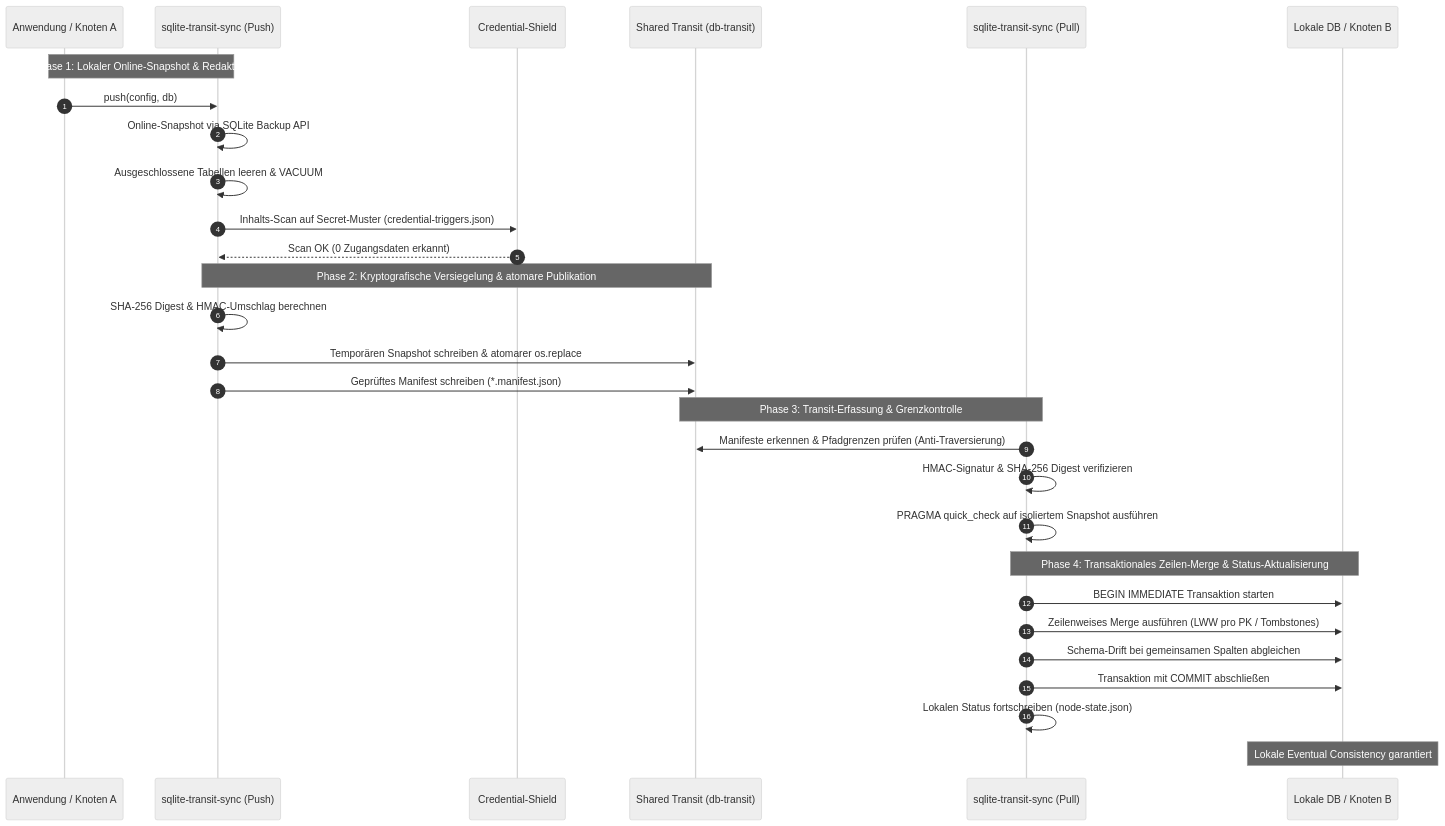
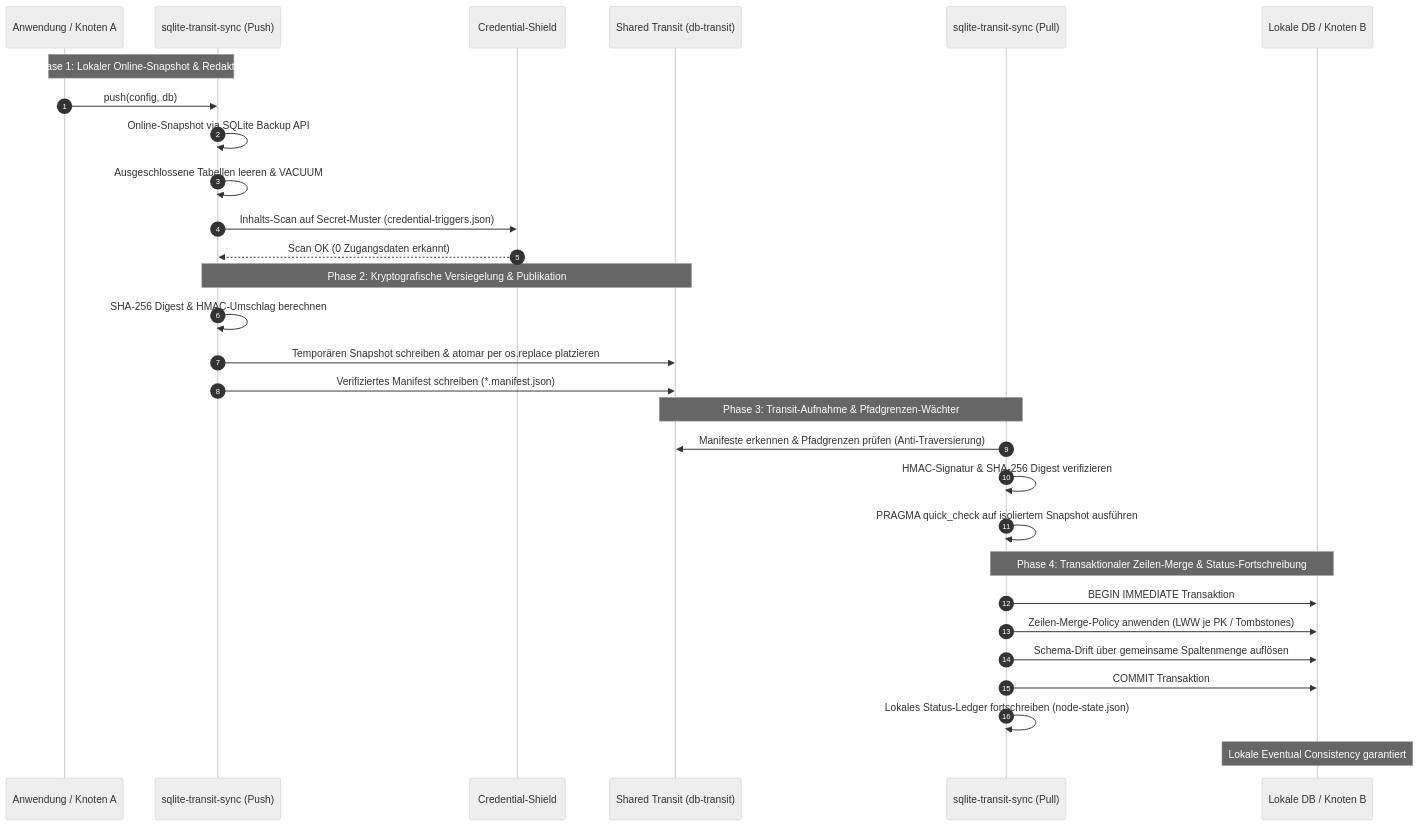
Before and after one commit to ellmos-ai/sqlite-transit-sync: the second of 2 diagrams in README_de.md, drawn with Mermaid (neutral theme). The commit also changed other lines of this file and 10 other files, not shown here.

````diff
--- a/README_de.md
+++ b/README_de.md
@@ -135,35 +148,35 @@
 ```mermaid
 sequenceDiagram
     autonumber
     participant App as Anwendung / Knoten A
     participant CoreA as sqlite-transit-sync (Push)
     participant Shield as Credential-Shield
     participant Transit as Shared Transit (db-transit)
     participant CoreB as sqlite-transit-sync (Pull)
     participant Target as Lokale DB / Knoten B
 
     Note over App,CoreA: Phase 1: Lokaler Online-Snapshot & Redaktion
     App->>CoreA: push(config, db)
     CoreA->>CoreA: Online-Snapshot via SQLite Backup API
     CoreA->>CoreA: Ausgeschlossene Tabellen leeren & VACUUM
     CoreA->>Shield: Inhalts-Scan auf Secret-Muster (credential-triggers.json)
     Shield-->>CoreA: Scan OK (0 Zugangsdaten erkannt)
 
-    Note over CoreA,Transit: Phase 2: Kryptografische Versiegelung & atomare Publikation
+    Note over CoreA,Transit: Phase 2: Kryptografische Versiegelung & Publikation
     CoreA->>CoreA: SHA-256 Digest & HMAC-Umschlag berechnen
-    CoreA->>Transit: Temporären Snapshot schreiben & atomarer os.replace
-    CoreA->>Transit: Geprüftes Manifest schreiben (*.manifest.json)
+    CoreA->>Transit: Temporären Snapshot schreiben & atomar per os.replace platzieren
+    CoreA->>Transit: Verifiziertes Manifest schreiben (*.manifest.json)
 
-    Note over Transit,CoreB: Phase 3: Transit-Erfassung & Grenzkontrolle
+    Note over Transit,CoreB: Phase 3: Transit-Aufnahme & Pfadgrenzen-Wächter
     CoreB->>Transit: Manifeste erkennen & Pfadgrenzen prüfen (Anti-Traversierung)
     CoreB->>CoreB: HMAC-Signatur & SHA-256 Digest verifizieren
     CoreB->>CoreB: PRAGMA quick_check auf isoliertem Snapshot ausführen
 
-    Note over CoreB,Target: Phase 4: Transaktionales Zeilen-Merge & Status-Aktualisierung
-    CoreB->>Target: BEGIN IMMEDIATE Transaktion starten
-    CoreB->>Target: Zeilenweises Merge ausführen (LWW pro PK / Tombstones)
-    CoreB->>Target: Schema-Drift bei gemeinsamen Spalten abgleichen
-    CoreB->>Target: Transaktion mit COMMIT abschließen
-    CoreB->>CoreB: Lokalen Status fortschreiben (node-state.json)
+    Note over CoreB,Target: Phase 4: Transaktionaler Zeilen-Merge & Status-Fortschreibung
+    CoreB->>Target: BEGIN IMMEDIATE Transaktion
+    CoreB->>Target: Zeilen-Merge-Policy anwenden (LWW je PK / Tombstones)
+    CoreB->>Target: Schema-Drift über gemeinsame Spaltenmenge auflösen
+    CoreB->>Target: COMMIT Transaktion
+    CoreB->>CoreB: Lokales Status-Ledger fortschreiben (node-state.json)
     Note over Target: Lokale Eventual Consistency garantiert
 ```
````
